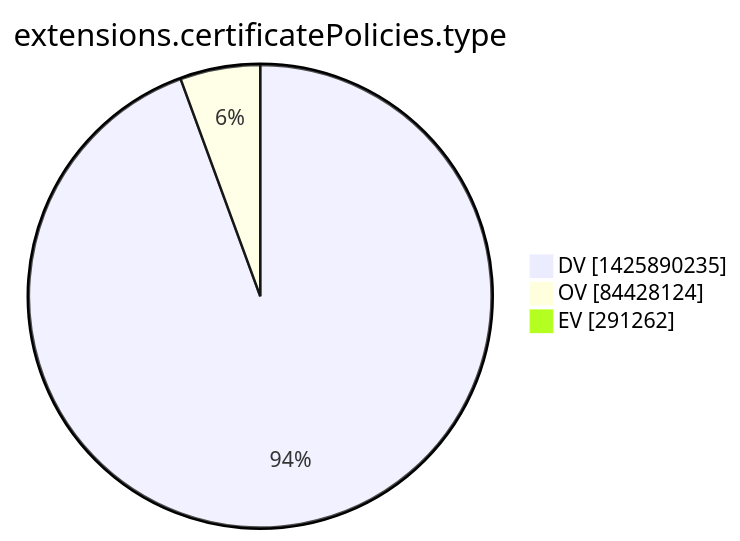
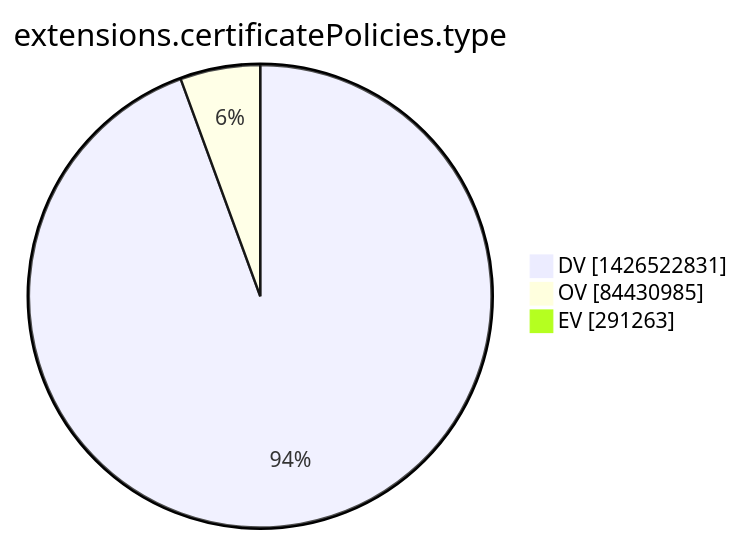
Before and after one commit to christiankrug/ctmonitor_visualization: the tenth of 15 diagrams in argon2022/README.md, drawn with Mermaid. The commit also changed other lines of this file, not shown here.

````diff
--- a/argon2022/README.md
+++ b/argon2022/README.md
@@ -2773,7 +2773,7 @@
 ```mermaid
 pie showData
 title extensions.certificatePolicies.type
-"DV" :1425890235
-"OV" :84428124
-"EV" :291262
+"DV" :1426522831
+"OV" :84430985
+"EV" :291263
 ```
````
